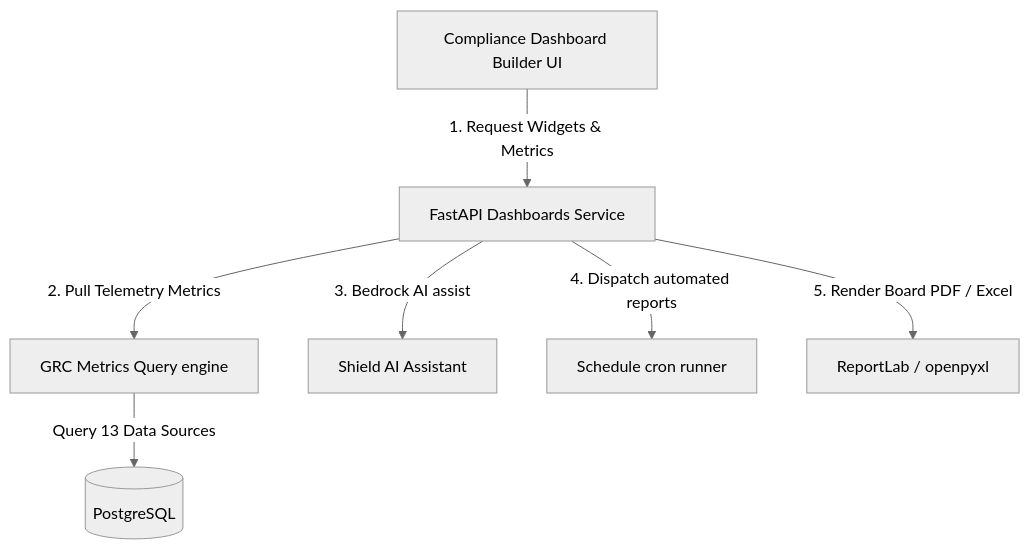
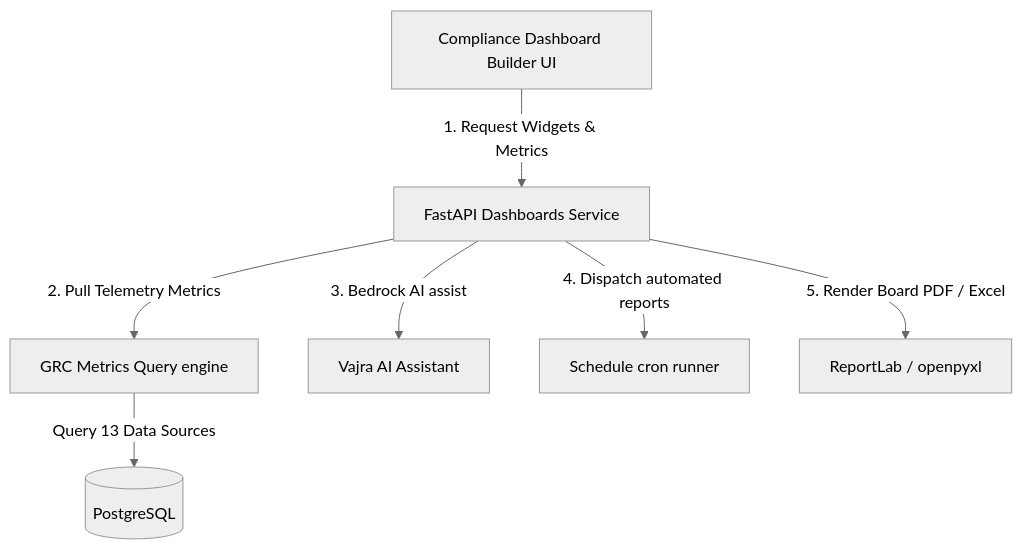
Before and after one commit to shreyv7/hack: the first of 3 diagrams in docs/Governance/compliance_dashboards.md, drawn with Mermaid (neutral theme). The commit also changed other lines of this file and 345 other files, not shown here.

````diff
--- a/docs/Governance/compliance_dashboards.md
+++ b/docs/Governance/compliance_dashboards.md
@@ -23,9 +23,9 @@
 ```mermaid
 graph TD
     UI[Compliance Dashboard Builder UI] -->|1. Request Widgets & Metrics| BE[FastAPI Dashboards Service]
     BE -->|2. Pull Telemetry Metrics| Met[GRC Metrics Query engine]
     Met -->|Query 13 Data Sources| DB[(PostgreSQL)]
-    BE -->|3. Bedrock AI assist| AI[Shield AI Assistant]
+    BE -->|3. Bedrock AI assist| AI[Vajra AI Assistant]
     BE -->|4. Dispatch automated reports| Cron[Schedule cron runner]
     BE -->|5. Render Board PDF / Excel| Rep[ReportLab / openpyxl]
 ```
````
